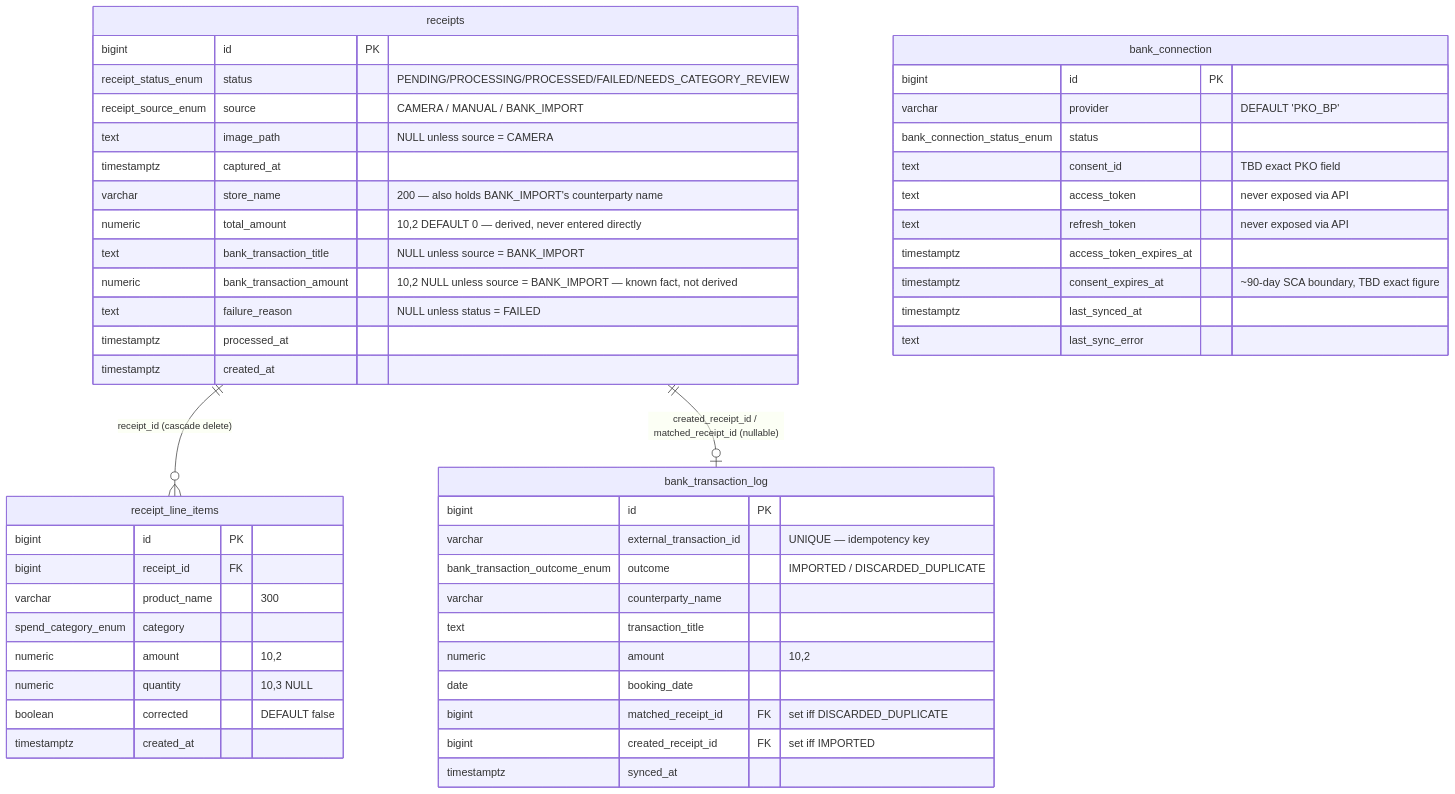
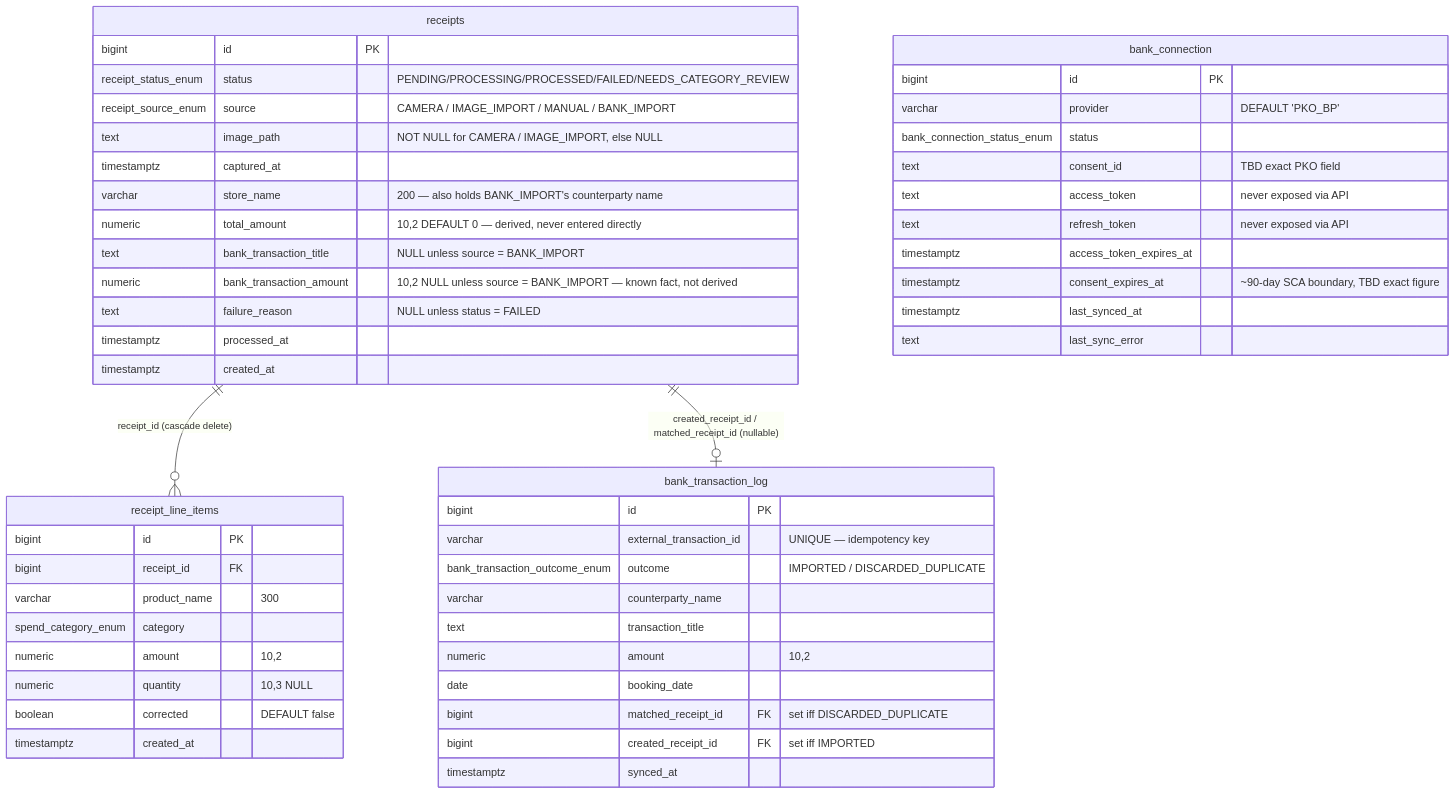
Before and after one commit to emicon123/receipts: the first of 5 diagrams in docs/architecture/06-bank-integration.md, drawn with Mermaid. The commit also changed other lines of this file and 10 other files, not shown here.

First line of the commit message:
docs(arch): IMAGE_IMPORT source contract (ADR-014)

````diff
--- a/docs/architecture/06-bank-integration.md
+++ b/docs/architecture/06-bank-integration.md
@@ -147,54 +152,54 @@
 ```mermaid
 erDiagram
     receipts ||--o{ receipt_line_items : "receipt_id (cascade delete)"
     receipts ||--o| bank_transaction_log : "created_receipt_id / matched_receipt_id (nullable)"
 
     receipts {
         bigint id PK
         receipt_status_enum status "PENDING/PROCESSING/PROCESSED/FAILED/NEEDS_CATEGORY_REVIEW"
-        receipt_source_enum source "CAMERA / MANUAL / BANK_IMPORT"
-        text image_path "NULL unless source = CAMERA"
+        receipt_source_enum source "CAMERA / IMAGE_IMPORT / MANUAL / BANK_IMPORT"
+        text image_path "NOT NULL for CAMERA / IMAGE_IMPORT, else NULL"
         timestamptz captured_at
         varchar store_name "200 — also holds BANK_IMPORT's counterparty name"
         numeric total_amount "10,2 DEFAULT 0 — derived, never entered directly"
         text bank_transaction_title "NULL unless source = BANK_IMPORT"
         numeric bank_transaction_amount "10,2 NULL unless source = BANK_IMPORT — known fact, not derived"
         text failure_reason "NULL unless status = FAILED"
         timestamptz processed_at
         timestamptz created_at
     }
     receipt_line_items {
         bigint id PK
         bigint receipt_id FK
         varchar product_name "300"
         spend_category_enum category
         numeric amount "10,2"
         numeric quantity "10,3 NULL"
         boolean corrected "DEFAULT false"
         timestamptz created_at
     }
     bank_connection {
         bigint id PK
         varchar provider "DEFAULT 'PKO_BP'"
         bank_connection_status_enum status
         text consent_id "TBD exact PKO field"
         text access_token "never exposed via API"
         text refresh_token "never exposed via API"
         timestamptz access_token_expires_at
         timestamptz consent_expires_at "~90-day SCA boundary, TBD exact figure"
         timestamptz last_synced_at
         text last_sync_error
     }
     bank_transaction_log {
         bigint id PK
         varchar external_transaction_id "UNIQUE — idempotency key"
         bank_transaction_outcome_enum outcome "IMPORTED / DISCARDED_DUPLICATE"
         varchar counterparty_name
         text transaction_title
         numeric amount "10,2"
         date booking_date
         bigint matched_receipt_id FK "set iff DISCARDED_DUPLICATE"
         bigint created_receipt_id FK "set iff IMPORTED"
         timestamptz synced_at
     }
 ```
````
